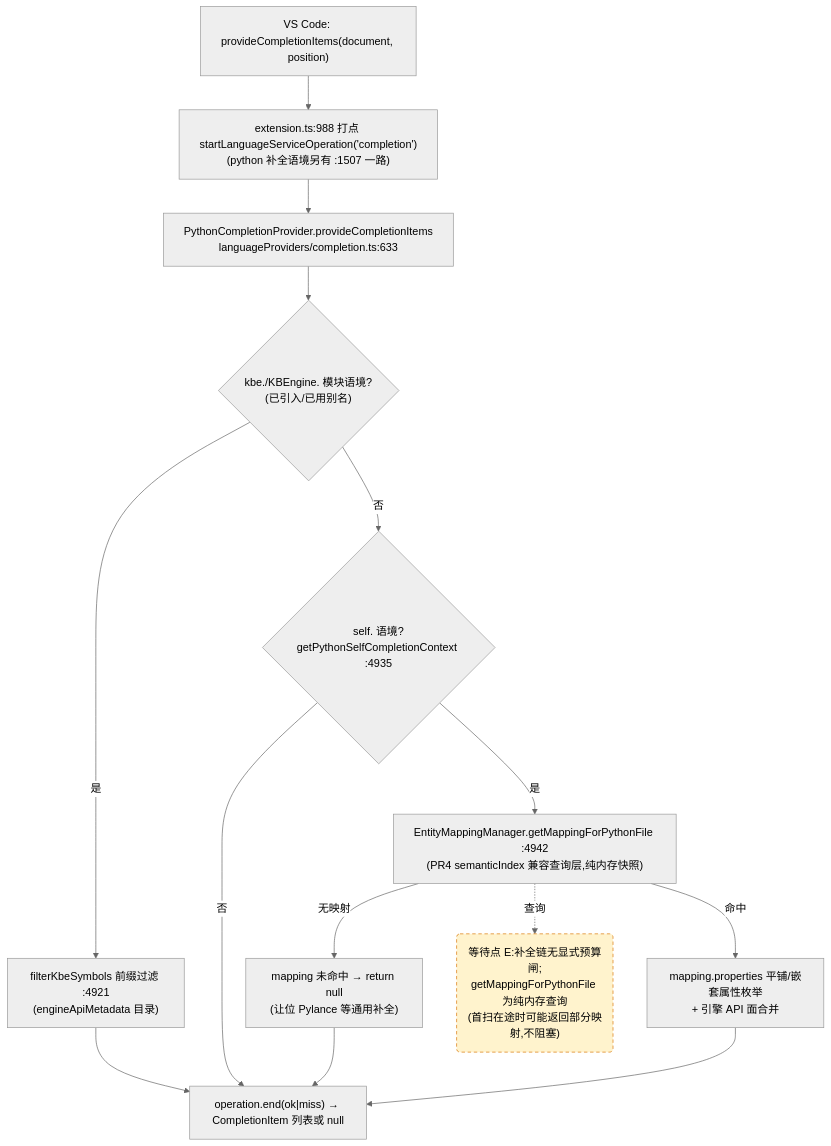
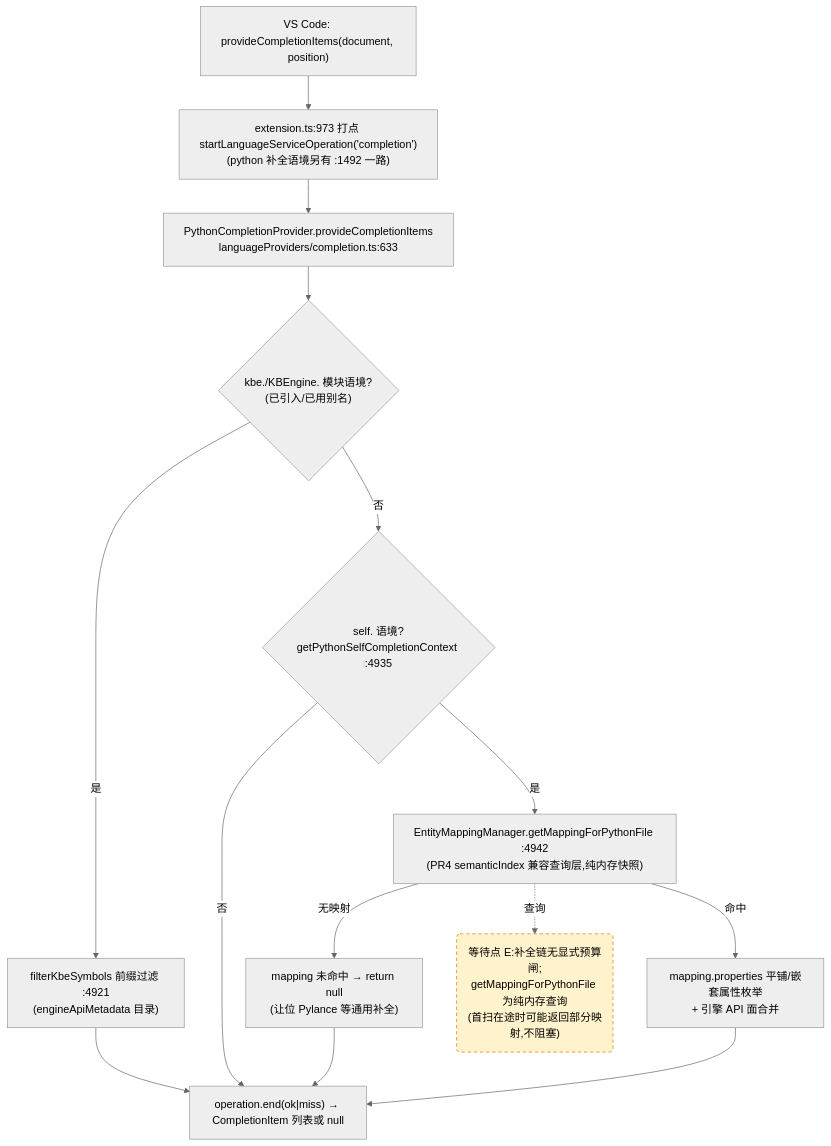
The third of 4 diagrams in docs/perf/2026-baseline.md (cuihairu/kode), drawn with Mermaid (neutral theme) before and after one commit. The commit also changed other lines of this file and 3 other files, not shown here.

````diff
--- a/docs/perf/2026-baseline.md
+++ b/docs/perf/2026-baseline.md
@@ -184,27 +184,27 @@
 ```mermaid
 flowchart TD
   VC3["VS Code: provideCompletionItems(document, position)"]
-  M3["extension.ts:988 打点 startLanguageServiceOperation('completion')<br/>(python 补全语境另有 :1507 一路)"]
+  M3["extension.ts:973 打点 startLanguageServiceOperation('completion')<br/>(python 补全语境另有 :1492 一路)"]
   CP["PythonCompletionProvider.provideCompletionItems<br/>languageProviders/completion.ts:633"]
   KBEC{"kbe./KBEngine. 模块语境?<br/>(已引入/已用别名)"}
   FILTER["filterKbeSymbols 前缀过滤 :4921<br/>(engineApiMetadata 目录)"]
   SELFC{"self. 语境?<br/>getPythonSelfCompletionContext :4935"}
   MAP["EntityMappingManager.getMappingForPythonFile :4942<br/>(PR4 semanticIndex 兼容查询层,纯内存快照)"]
   NOMAP["mapping 未命中 → return null<br/>(让位 Pylance 等通用补全)"]
   PROPS["mapping.properties 平铺/嵌套属性枚举<br/>+ 引擎 API 面合并"]
   END3["operation.end(ok|miss) → CompletionItem 列表或 null"]
 
   VC3 --> M3 --> CP --> KBEC
   KBEC -- "是" --> FILTER --> END3
   KBEC -- "否" --> SELFC
   SELFC -- "否" --> END3
   SELFC -- "是" --> MAP
   MAP -- "无映射" --> NOMAP --> END3
   MAP -- "命中" --> PROPS --> END3
 
   WAITE("等待点 E:补全链无显式预算闸;<br/>getMappingForPythonFile 为纯内存查询<br/>(首扫在途时可能返回部分映射,不阻塞)")
   MAP -.->|查询| WAITE
 
   classDef waitPoint fill:#fff3cd,stroke:#d97706,stroke-dasharray:5 4;
   class WAITE waitPoint;
 ```
````
